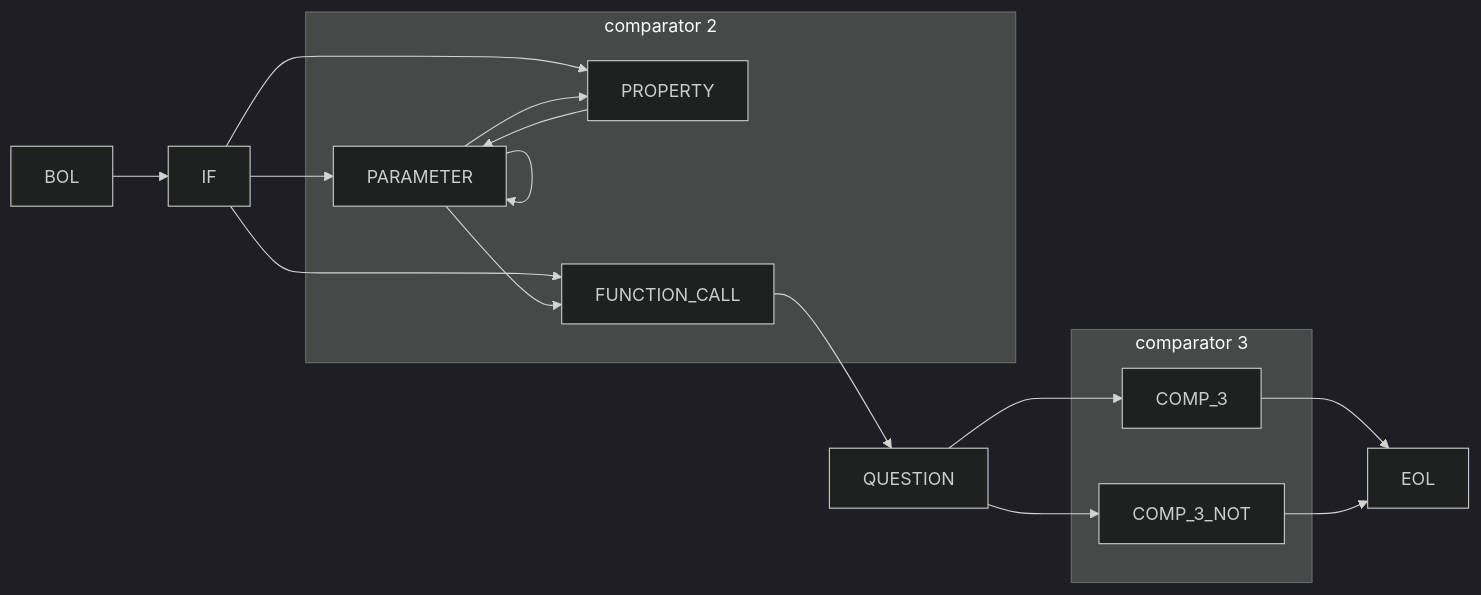
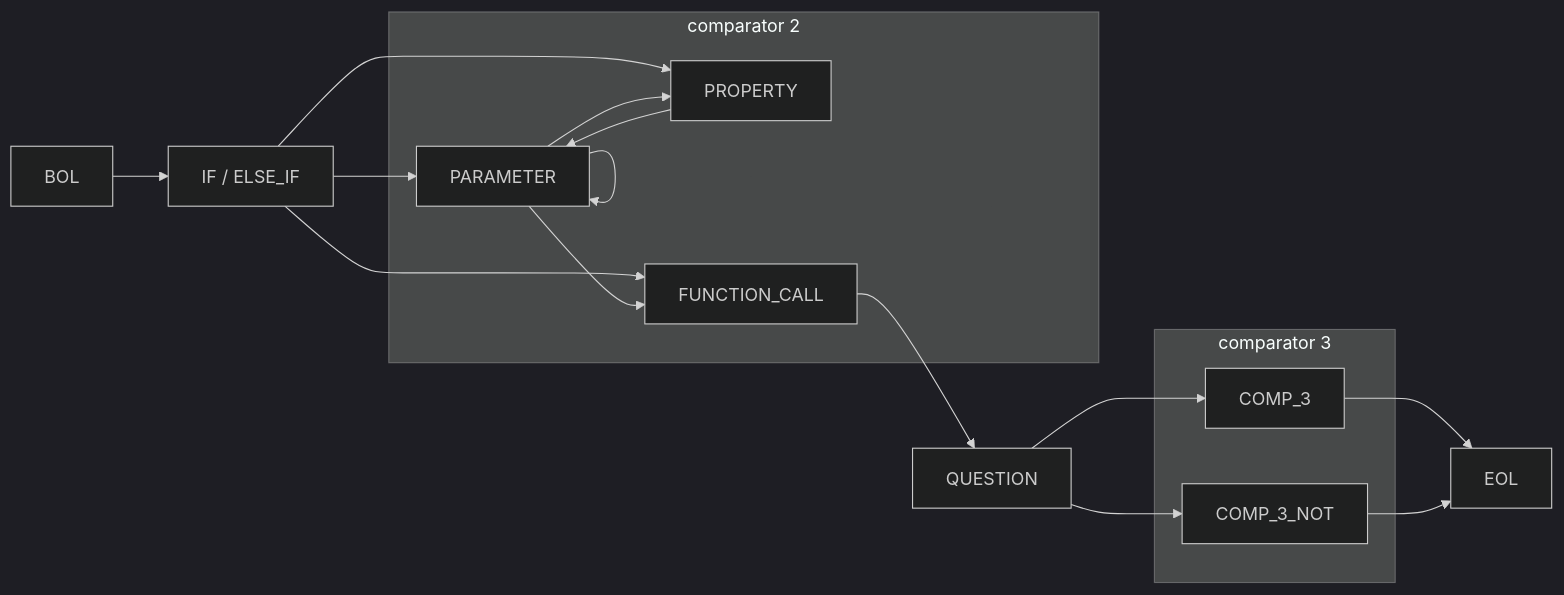
The ninth of 11 diagrams in documentation/nfsm.md (rewhowe/snapdragon), drawn with Mermaid (dark theme) before and after one commit. The commit also changed other lines of this file and 3 other files, not shown here.

Commit message:
fix some nfsm diagrams; add error type for sequence errors; rename methods and sequence structure; refactor comp 2 matcher

````diff
--- a/documentation/nfsm.md
+++ b/documentation/nfsm.md
@@ -204,30 +204,30 @@
 ```mermaid
 graph LR
-  BOL --> IF
+  BOL --> IF[IF / ELSE_IF]
 
-  IF --> PARAMETER
-  IF --> PROPERTY
-  IF --> FUNCTION_CALL
+  IF[IF / ELSE_IF ] --> PARAMETER
+  IF[IF / ELSE_IF ] --> PROPERTY
+  IF[IF / ELSE_IF ] --> FUNCTION_CALL
 
   subgraph comparator 2
     PARAMETER --> PARAMETER
     PARAMETER --> PROPERTY
     PARAMETER --> FUNCTION_CALL
 
     PROPERTY --> PARAMETER
   end
 
   FUNCTION_CALL --> QUESTION
 
   QUESTION --> COMP_3
   QUESTION --> COMP_3_NOT
 
   COMP_3 --> EOL
 
   COMP_3_NOT --> EOL
 
   subgraph comparator 3
     COMP_3
     COMP_3_NOT
   end
 ```
````
